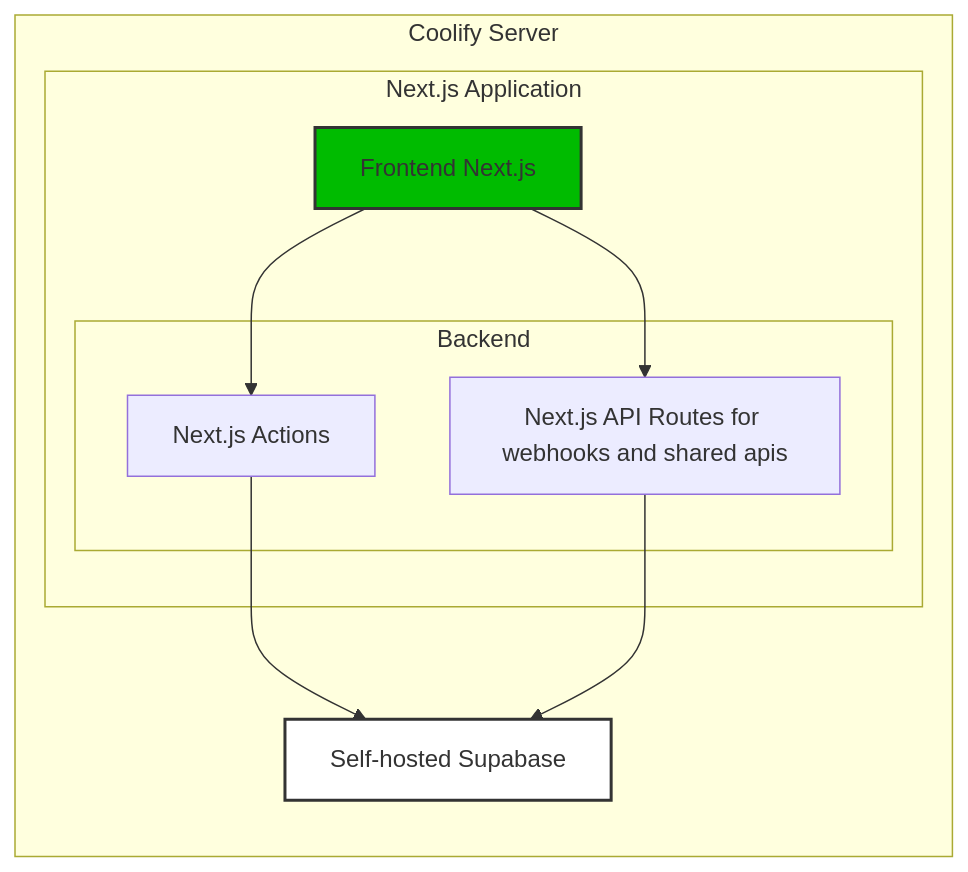
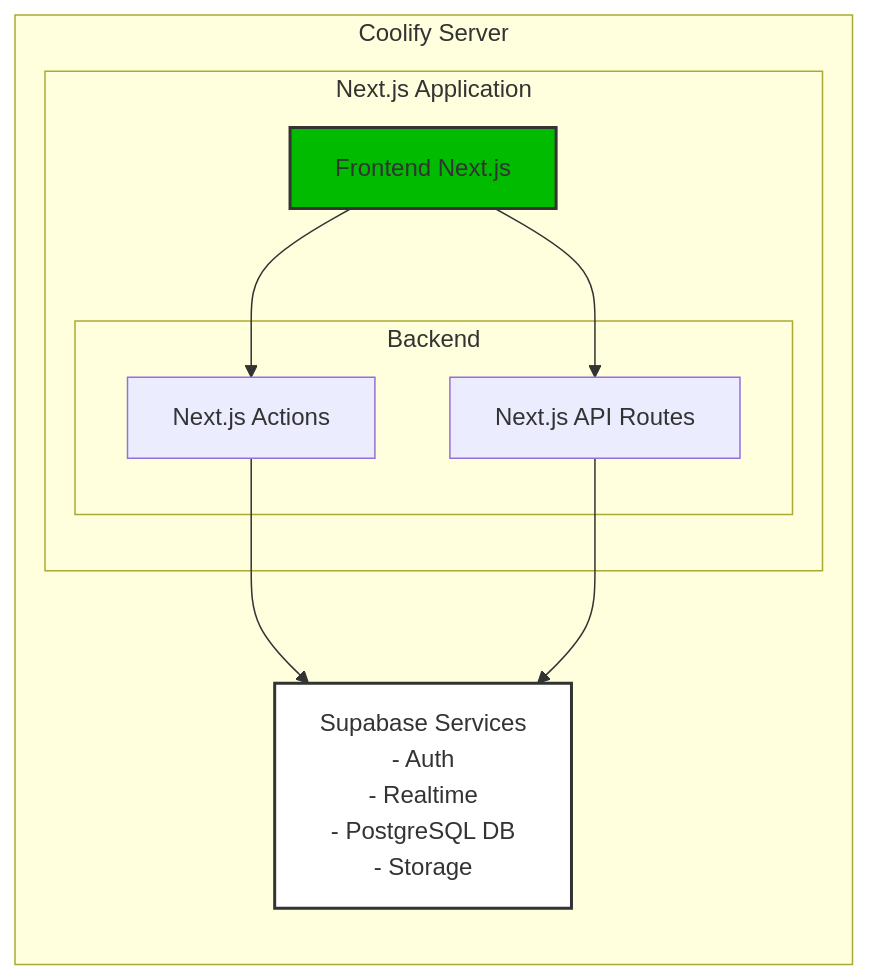
The first of 2 diagrams in architecture.md (tao101/Self-Hosted-Next.js-Supabase-Fullstack-Starter-Template), drawn with Mermaid before and after one commit. The commit also changed other lines of this file, not shown here.

First line of the commit message:
Update architecture documentation with mobile extension architecture and development notes

````diff
--- a/architecture.md
+++ b/architecture.md
@@ -41,17 +43,17 @@
 ```mermaid
 graph LR
 subgraph Coolify Server
 subgraph Next.js Application
-A[Frontend  Next.js]
+A[Frontend Next.js]
 subgraph Backend
 B[Next.js Actions]
-C[Next.js API Routes for webhooks and shared apis]
+C[Next.js API Routes]
 end
 end
-D[Self-hosted Supabase]
+D[Supabase Services<br/>- Auth<br/>- Realtime<br/>- PostgreSQL DB<br/>- Storage]
 A --> B & C
 B & C --> D
 end
 style A fill:#0b0,stroke:#333,stroke-width:2px
 style D fill:#fff,stroke:#333,stroke-width:2px
 ```
````
